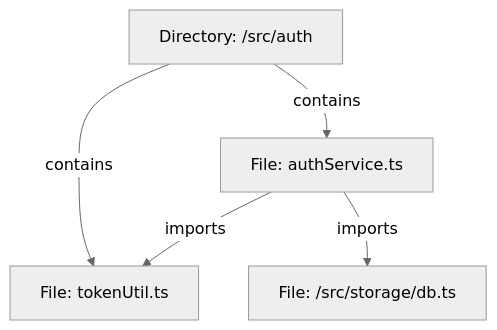
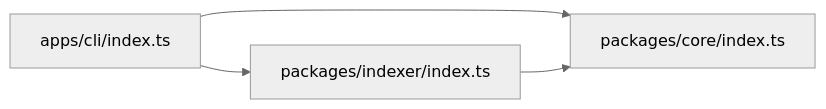
One commit to shditz/codeatlas changed the diagram in apps/docs/guide/core-concepts.md. Above: the diagram before and after it, drawn with Mermaid (neutral theme). The commit also changed other lines of this file and 65 other files, not shown here.

````diff
--- a/apps/docs/guide/core-concepts.md
+++ b/apps/docs/guide/core-concepts.md
@@ -30,7 +23,6 @@
 ```mermaid
-graph TD
-    A[Directory: /src/auth] -->|contains| B[File: authService.ts]
-    A -->|contains| C[File: tokenUtil.ts]
-    B -->|imports| C
-    B -->|imports| D[File: /src/storage/db.ts]
+flowchart LR
+    A["apps/cli/index.ts"] --> B["packages/core/index.ts"]
+    A --> C["packages/indexer/index.ts"]
+    C --> B
 ```
````
